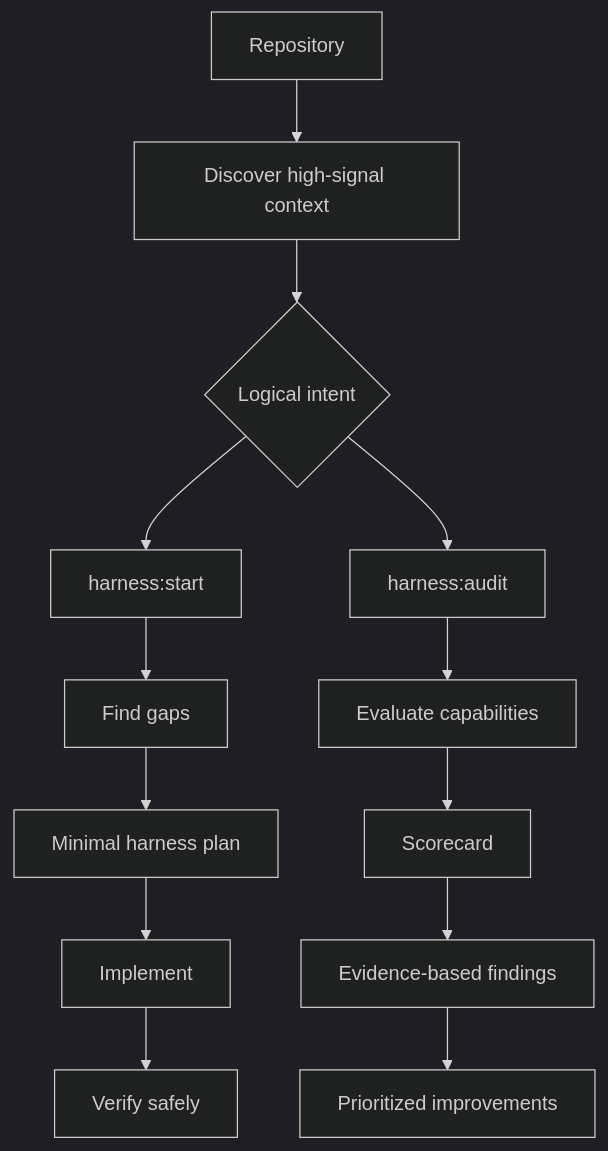
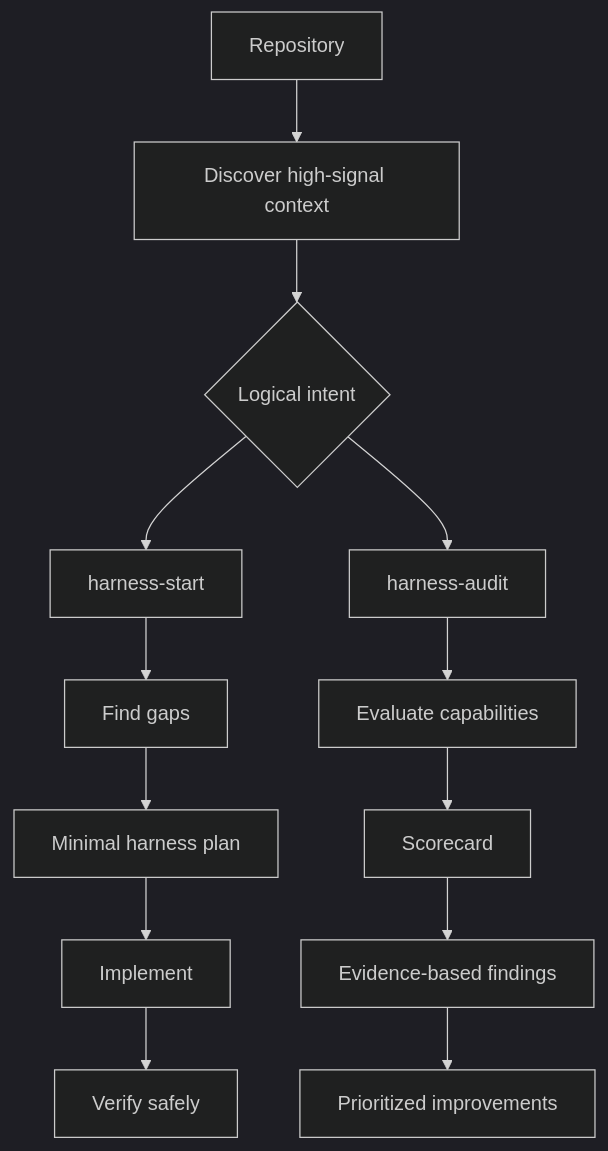
One commit to amnotwallas/repo-harness changed the second of 2 diagrams in README.md. Above: the diagram before and after it, drawn with Mermaid (dark theme). The commit also changed other lines of this file and 21 other files, not shown here.

Commit message:
refactor: split repo-harness into start and audit skills

````diff
--- a/README.md
+++ b/README.md
@@ -41,17 +46,17 @@
 ```mermaid
 flowchart TD
     repository["Repository"] --> discover["Discover high-signal context"]
     discover --> intent{"Logical intent"}
 
-    intent --> start["harness:start"]
+    intent --> start["harness-start"]
     start --> startGaps["Find gaps"]
     startGaps --> startPlan["Minimal harness plan"]
     startPlan --> startImplement["Implement"]
     startImplement --> startVerify["Verify safely"]
 
-    intent --> audit["harness:audit"]
+    intent --> audit["harness-audit"]
     audit --> auditEvaluate["Evaluate capabilities"]
     auditEvaluate --> auditScore["Scorecard"]
     auditScore --> auditFindings["Evidence-based findings"]
     auditFindings --> auditImprove["Prioritized improvements"]
 ```
````
